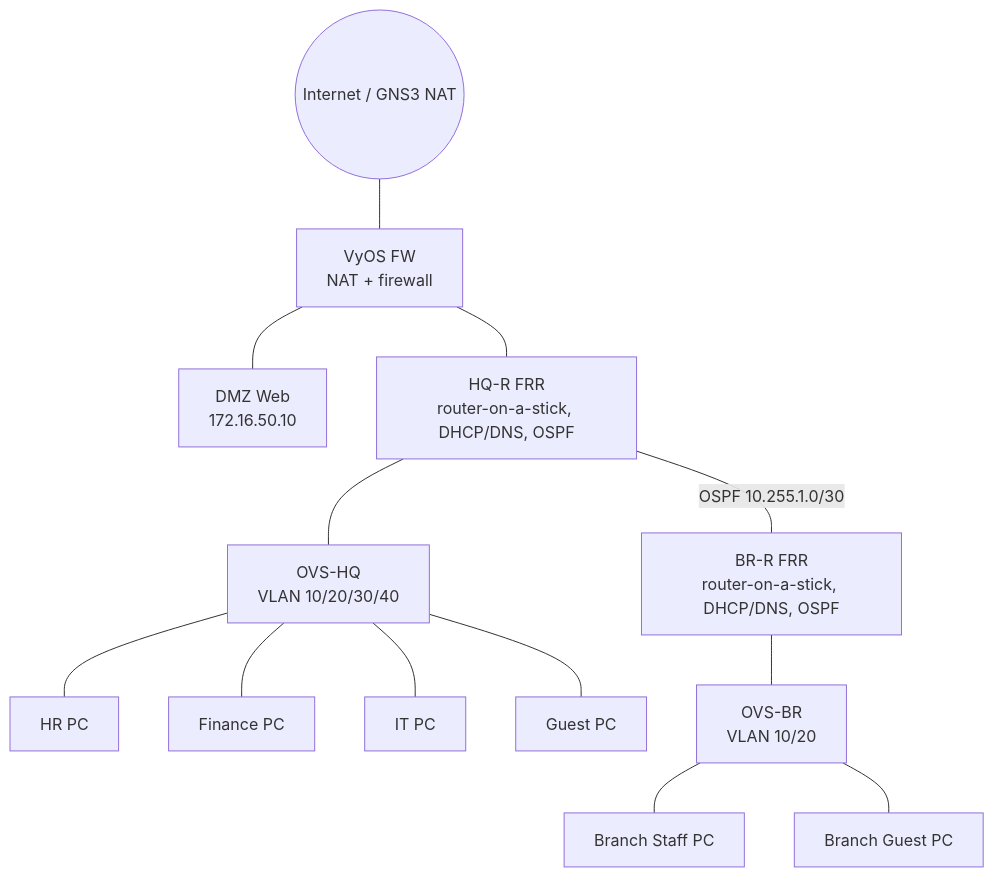
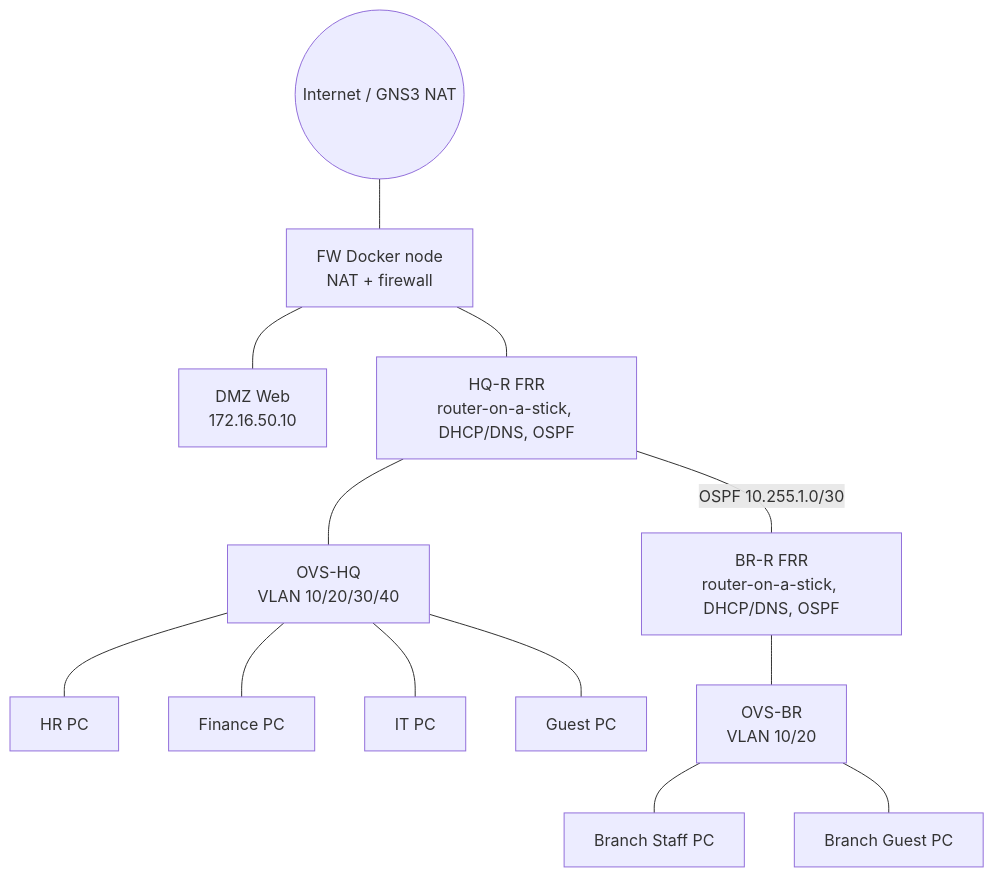
The diagram in README.md (Proanant1/enterprise-network-lab), drawn with Mermaid before and after one commit. The commit also changed other lines of this file and 6 other files, not shown here.

Commit message:
Add Docker firewall node, fix base image tag, update docs

````diff
--- a/README.md
+++ b/README.md
@@ -11,15 +11,15 @@
 ```mermaid
 graph TD
-  NET((Internet / GNS3 NAT)) --- FW[VyOS FW<br/>NAT + firewall]
+  NET((Internet / GNS3 NAT)) --- FW[FW Docker node<br/>NAT + firewall]
   FW --- DMZ[DMZ Web<br/>172.16.50.10]
   FW --- HQR[HQ-R FRR<br/>router-on-a-stick, DHCP/DNS, OSPF]
   HQR --- SWH[OVS-HQ<br/>VLAN 10/20/30/40]
   SWH --- HR[HR PC]
   SWH --- FIN[Finance PC]
   SWH --- IT[IT PC]
   SWH --- GST[Guest PC]
   HQR ---|OSPF 10.255.1.0/30| BRR[BR-R FRR<br/>router-on-a-stick, DHCP/DNS, OSPF]
   BRR --- SWB[OVS-BR<br/>VLAN 10/20]
   SWB --- BS[Branch Staff PC]
   SWB --- BG[Branch Guest PC]
 ```
````
